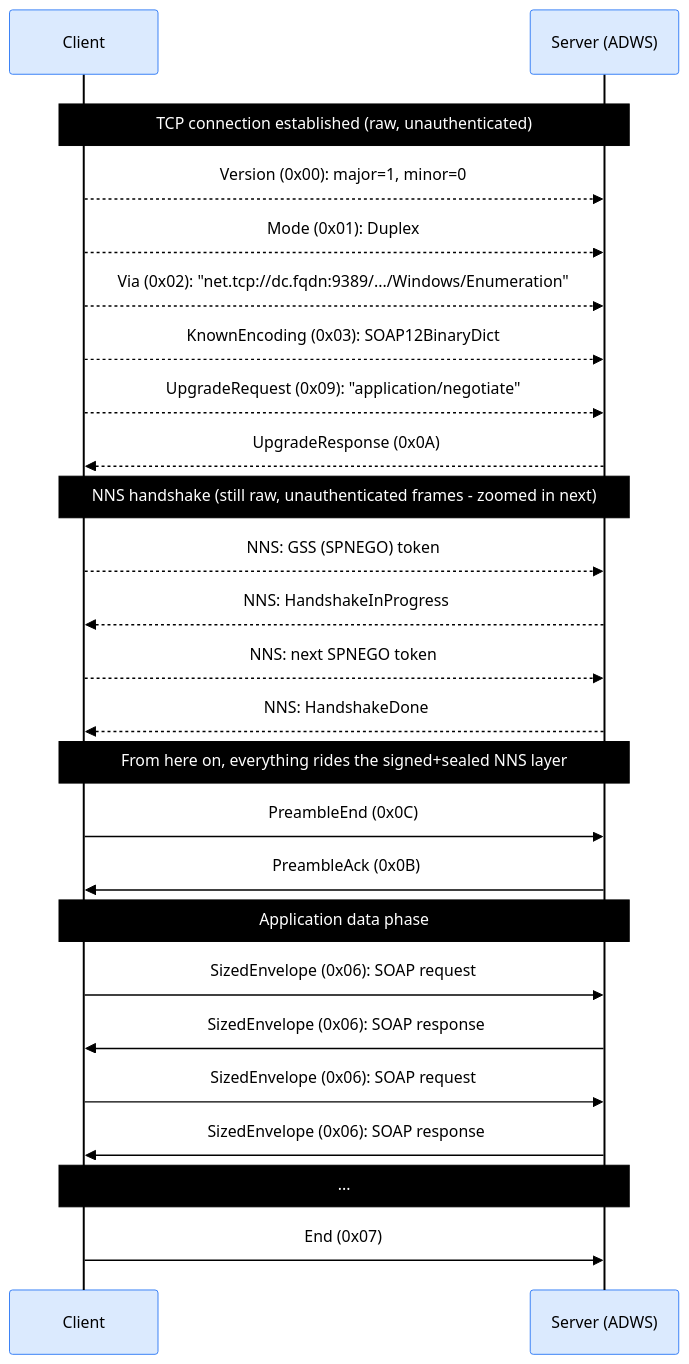
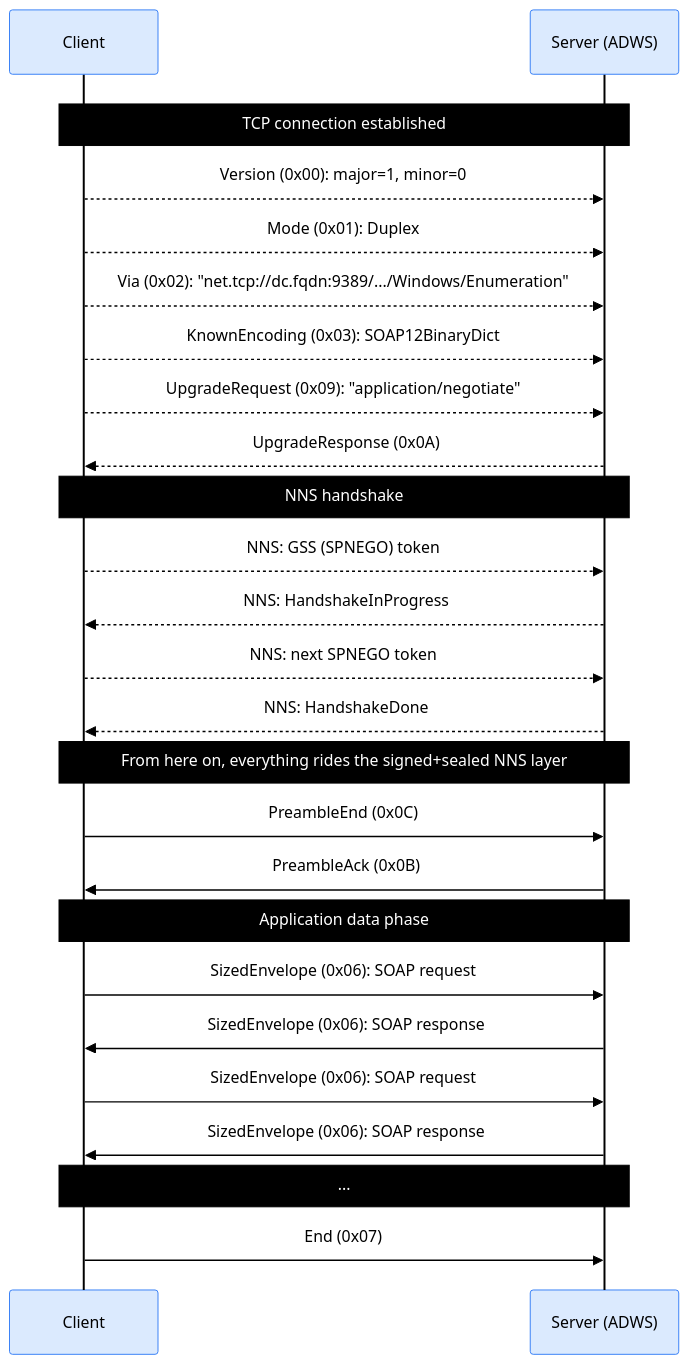
Before and after one commit to Macmod/ginpacket-wiki: the third of 4 diagrams in articles/adws-the-soap-bridge.md, drawn with Mermaid. The commit also changed other lines of this file, not shown here.

````diff
--- a/articles/adws-the-soap-bridge.md
+++ b/articles/adws-the-soap-bridge.md
@@ -480,48 +480,48 @@
 ```mermaid
 %%{init: {'theme': 'base', 'themeVariables': {
   'actorBkg': '#dbeafe',
   'actorBorder': '#3b82f6',
   'actorTextColor': '#000000',
   'actorLineColor': '#000000',
   'signalColor': '#000000',
   'signalTextColor': '#000000',
   'labelBoxBkgColor': '#dbeafe',
   'labelBoxBorderColor': '#3b82f6',
   'labelTextColor': '#000000',
   'loopTextColor': '#000000',
   'noteBkgColor': '#000000',
   'noteBorderColor': '#000000',
   'noteTextColor': '#ffffff'
 }}}%%
 sequenceDiagram
     participant C as Client
     participant S as Server (ADWS)
 
     rect rgb(255, 255, 255)
-    Note over C,S: TCP connection established (raw, unauthenticated)
+    Note over C,S: TCP connection established
     C-->>S: Version (0x00): major=1, minor=0
     C-->>S: Mode (0x01): Duplex
     C-->>S: Via (0x02): "net.tcp://dc.fqdn:9389/.../Windows/Enumeration"
     C-->>S: KnownEncoding (0x03): SOAP12BinaryDict
     C-->>S: UpgradeRequest (0x09): "application/negotiate"
     S-->>C: UpgradeResponse (0x0A)
 
-    Note over C,S: NNS handshake (still raw, unauthenticated frames - zoomed in next)
+    Note over C,S: NNS handshake
     C-->>S: NNS: GSS (SPNEGO) token
     S-->>C: NNS: HandshakeInProgress
     C-->>S: NNS: next SPNEGO token
     S-->>C: NNS: HandshakeDone
 
     Note over C,S: From here on, everything rides the signed+sealed NNS layer
     C->>S: PreambleEnd (0x0C)
     S->>C: PreambleAck (0x0B)
 
     Note over C,S: Application data phase
     C->>S: SizedEnvelope (0x06): SOAP request
     S->>C: SizedEnvelope (0x06): SOAP response
     C->>S: SizedEnvelope (0x06): SOAP request
     S->>C: SizedEnvelope (0x06): SOAP response
     Note over C,S: ...
     C->>S: End (0x07)
     end
 ```
````
